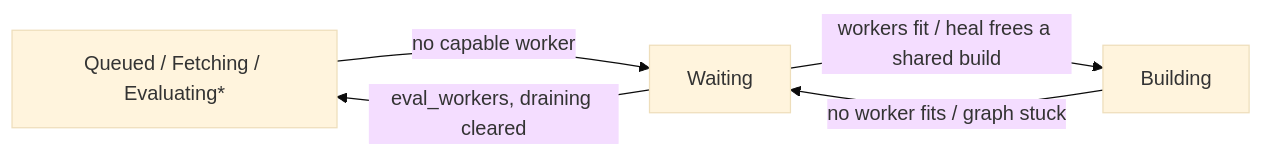
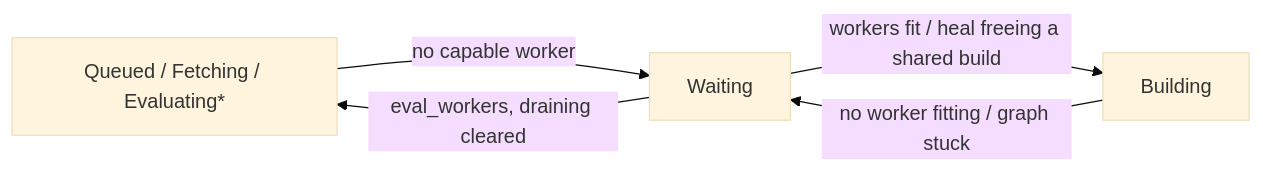
Before and after one commit to wavelens/gradient: the diagram in docs/src/contributors/scheduler/waiting-and-recovery.md, drawn with Mermaid (base theme). The commit also changed other lines of this file and 70 other files, not shown here.

````diff
--- a/docs/src/contributors/scheduler/waiting-and-recovery.md
+++ b/docs/src/contributors/scheduler/waiting-and-recovery.md
@@ -5,7 +5,7 @@
 ```mermaid
 flowchart LR
     P[Queued / Fetching / Evaluating*] -- no capable worker --> W[Waiting]
-    B[Building] -- no worker fits / graph stuck --> W
+    B[Building] -- no worker fitting / graph stuck --> W
     W -- eval_workers, draining cleared --> P
-    W -- workers fit / heal frees a shared build --> B
+    W -- workers fit / heal freeing a shared build --> B
 ```
````
